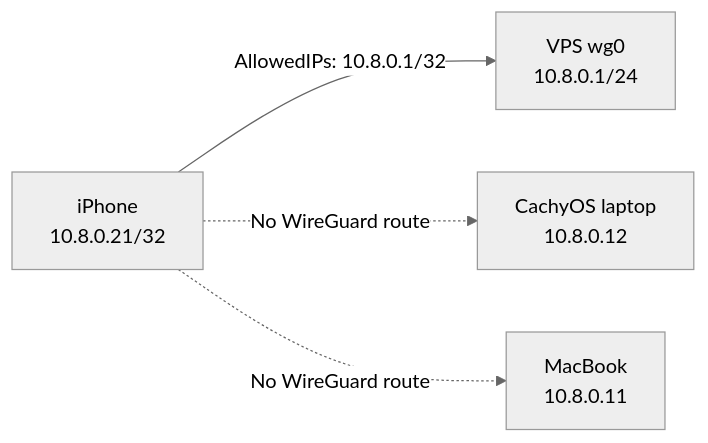
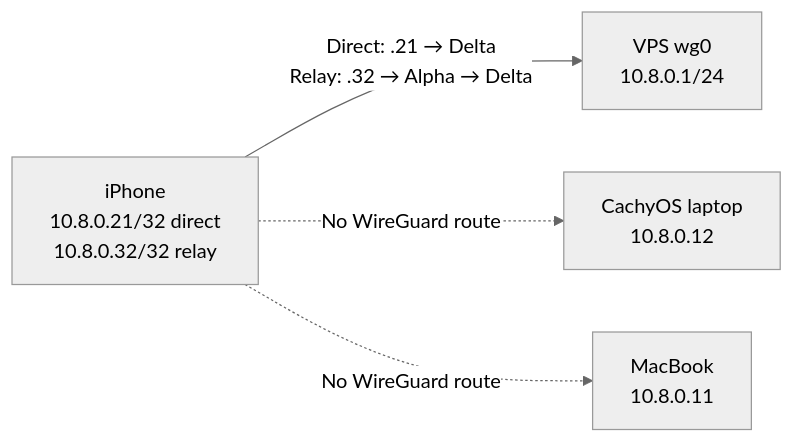
The diagram in content/docs/iphone/wireguard.mdx (Manuel0516/zero-five-handbook), drawn with Mermaid (neutral theme) before and after one commit. The commit also changed other lines of this file and 8 other files, not shown here.

````diff
--- a/content/docs/iphone/wireguard.mdx
+++ b/content/docs/iphone/wireguard.mdx
@@ -19,11 +23,11 @@
 ```mermaid
 flowchart LR
-    phone["iPhone<br/>10.8.0.21/32"]
+    phone["iPhone<br/>10.8.0.21/32 direct<br/>10.8.0.32/32 relay"]
     vps["VPS wg0<br/>10.8.0.1/24"]
     laptop["CachyOS laptop<br/>10.8.0.12"]
     mac["MacBook<br/>10.8.0.11"]
 
-    phone -->|"AllowedIPs: 10.8.0.1/32"| vps
+    phone -->|"Direct: .21 → Delta<br/>Relay: .32 → Alpha → Delta"| vps
     phone -. "No WireGuard route" .-> laptop
     phone -. "No WireGuard route" .-> mac
 ```
````
